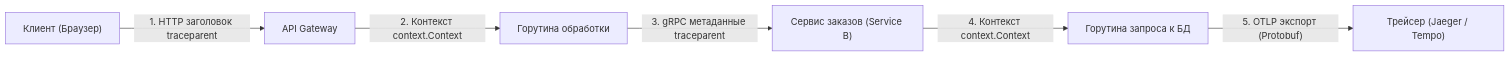
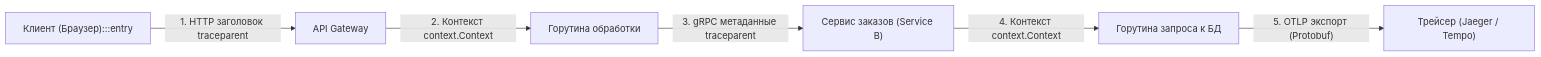
Before and after one commit to UnrealTemplier/go-textbook: the first of 2 diagrams in sources/14. Распределенные системы на Go/08. Практика/6. Distributed tracing.md, drawn with Mermaid. The commit also changed other lines of this file and 1666 other files, not shown here.

First line of the commit message:
feat(mermaid): add semantic color classDef to 1369 colorless flowchart/graph diagrams

````diff
--- a/sources/14. Распределенные системы на Go/08. Практика/6. Distributed tracing.md
+++ b/sources/14. Распределенные системы на Go/08. Практика/6. Distributed tracing.md
@@ -52,8 +52,18 @@
 ```mermaid
 flowchart LR
-    Client["Клиент (Браузер)"] -->|"1. HTTP заголовок traceparent"| Gateway["API Gateway"]
+    classDef process  fill:#1e293b,stroke:#38bdf8,stroke-width:1px,color:#f8fafc
+    classDef success  fill:#064e3b,stroke:#34d399,stroke-width:1px,color:#f8fafc
+    classDef error    fill:#7f1d1d,stroke:#f87171,stroke-width:1px,color:#f8fafc
+    classDef warning  fill:#78350f,stroke:#fbbf24,stroke-width:1px,color:#f8fafc
+    classDef entry    fill:#1e3a5f,stroke:#38bdf8,stroke-width:2px,color:#f8fafc
+    classDef aux      fill:#334155,stroke:#64748b,stroke-width:1px,color:#f8fafc
+    classDef system   fill:#312e81,stroke:#a78bfa,stroke-width:1px,color:#f8fafc
+    classDef data     fill:#132d29,stroke:#2dd4bf,stroke-width:1px,color:#f8fafc
+    classDef network  fill:#881337,stroke:#fb7185,stroke-width:1px,color:#f8fafc
+    classDef accent   fill:#1e1b4b,stroke:#818cf8,stroke-width:1px,color:#f8fafc
+    Client["Клиент (Браузер):::entry"] -->|"1. HTTP заголовок traceparent"| Gateway["API Gateway"]
     Gateway -->|"2. Контекст context.Context"| GoroutineGW["Горутина обработки"]
     GoroutineGW -->|"3. gRPC метаданные traceparent"| ServiceB["Сервис заказов (Service B)"]
     ServiceB -->|"4. Контекст context.Context"| GoroutineDB["Горутина запроса к БД"]
     GoroutineDB -->|"5. OTLP экспорт (Protobuf)"| Jaeger["Трейсер (Jaeger / Tempo)"]
 ```
````
